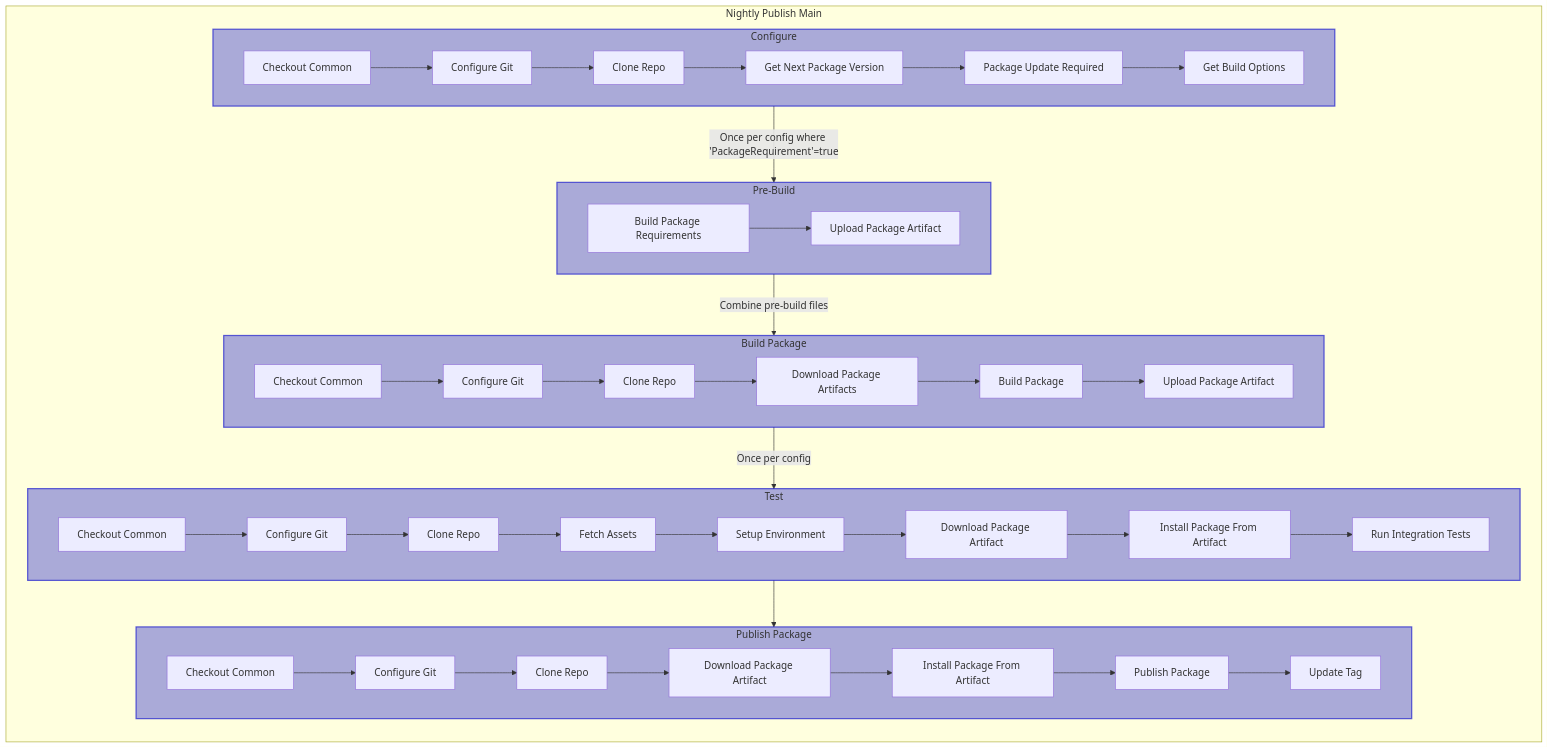
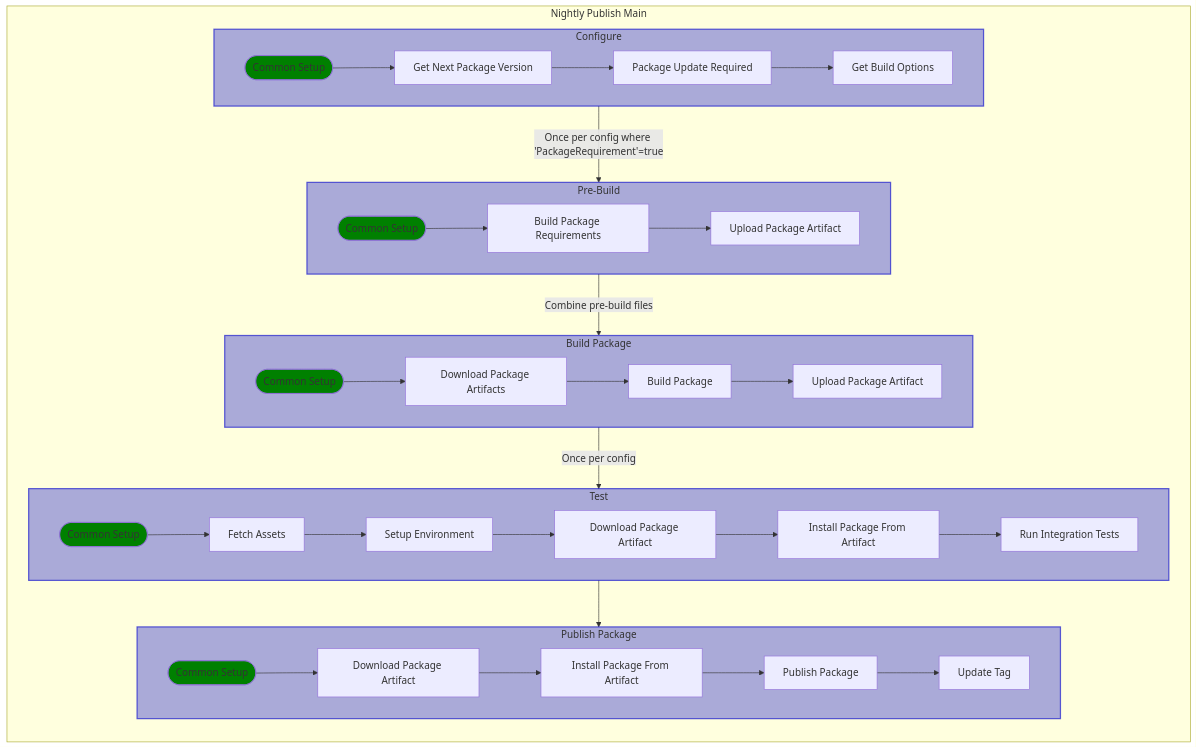
Before and after one commit to postindustria-tech/common-ci: the second of 6 diagrams in README.md, drawn with Mermaid. The commit also changed other lines of this file, not shown here.

Commit message:
DOC: Simplified flowcharts a little

````diff
--- a/README.md
+++ b/README.md
@@ -37,69 +49,69 @@
 ``` mermaid
 flowchart LR;
+
 subgraph Nightly Publish Main
   conf -- Once per config where 'PackageRequirement'=true --> pbuild
   pbuild -- Combine pre-build files --> build
   build -- Once per config --> test
   test --> pub
 end
 
 subgraph conf[Configure]
   direction LR
   style conf fill:#00C5,stroke:#00C9,stroke-width:2px;
-  A[Checkout Common]
-  B[Configure Git]
-  C[Clone Repo]
-  D[Get Next Package Version]
-  E[Package Update Required]
-  F[Get Build Options]
-  A-->B-->C-->D-->E-->F
+  A([Common Setup])
+  style A fill:green;
+  B[Get Next Package Version]
+  C[Package Update Required]
+  D[Get Build Options]
+  A-->B-->C-->D
+
 end
 
 subgraph pbuild[Pre-Build]
   direction LR
   style pbuild fill:#00C5,stroke: #00C9,stroke-width:2px;
-  PB1[Build Package Requirements]
-  PB2[Upload Package Artifact]
-  PB1-->PB2
+  style PB1 fill:green;
+  PB1([Common Setup])
+  PB2[Build Package Requirements]
+  PB3[Upload Package Artifact]
+  PB1-->PB2-->PB3
 end
 
 subgraph build[Build Package]
   direction LR
   style build fill:#00C5,stroke: #00C9,stroke-width:2px;
-  B1[Checkout Common]
-  B2[Configure Git]
-  B3[Clone Repo]
-  B4[Download Package Artifacts]
-  B5[Build Package]
-  B6[Upload Package Artifact]
-  B1-->B2-->B3-->B4-->B5-->B6
+  style B1 fill:green;
+  B1([Common Setup])
+  B2[Download Package Artifacts]
+  B3[Build Package]
+  B4[Upload Package Artifact]
+  B1-->B2-->B3-->B4
 end
 
 subgraph test[Test]
   direction LR
   style test fill:#00C5,stroke:#00C9,stroke-width:2px;
-  T1[Checkout Common]
-  T2[Configure Git]
-  T3[Clone Repo]
-  T4[Fetch Assets]
-  T5[Setup Environment]
-  T6[Download Package Artifact]
-  T7[Install Package From Artifact]
-  T8[Run Integration Tests]
-  T1-->T2-->T3-->T4-->T5-->T6-->T7-->T8
+  style T1 fill:green;
+  T1([Common Setup])
+  T2[Fetch Assets]
+  T3[Setup Environment]
+  T4[Download Package Artifact]
+  T5[Install Package From Artifact]
+  T6[Run Integration Tests]
+  T1-->T2-->T3-->T4-->T5-->T6
 end
 
 subgraph pub[Publish Package]
   direction LR
   style pub fill:#00C5,stroke:#00C9,stroke-width:2px;
-  P1[Checkout Common]
-  P2[Configure Git]
-  P3[Clone Repo]
-  P4[Download Package Artifact]
-  P5[Install Package From Artifact]
-  P6[Publish Package]
-  P7[Update Tag]
-  P1-->P2-->P3-->P4-->P5-->P6-->P7
+  style P1 fill:green;
+  P1([Common Setup])
+  P2[Download Package Artifact]
+  P3[Install Package From Artifact]
+  P4[Publish Package]
+  P5[Update Tag]
+  P1-->P2-->P3-->P4-->P5
 end
 
 ```
````
